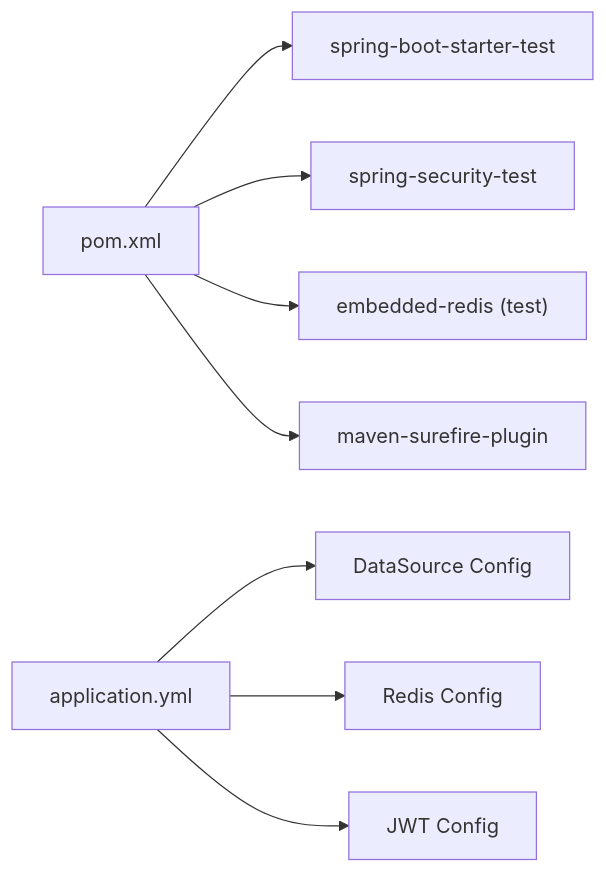
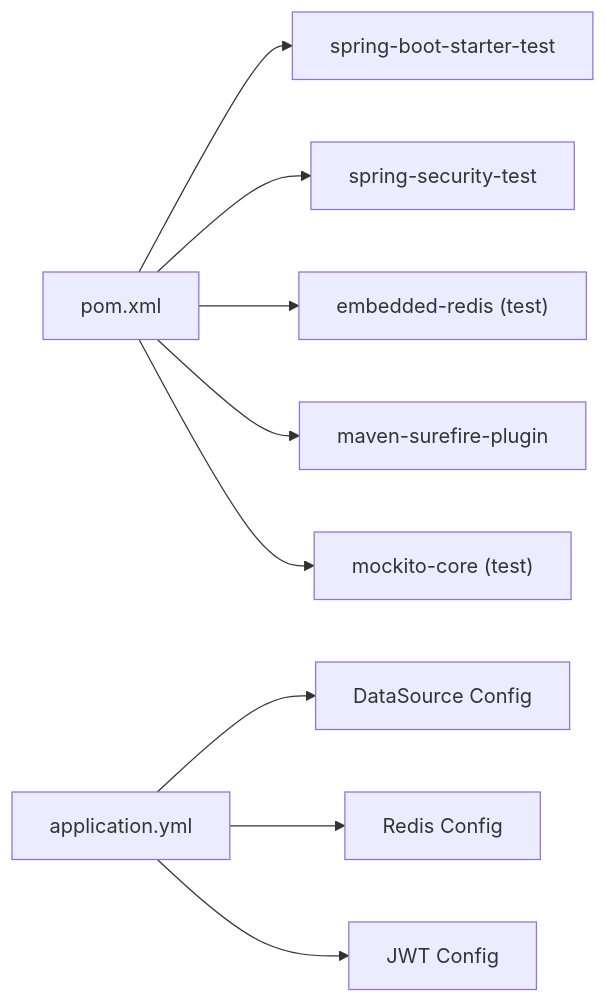
The ninth of 9 diagrams in .qoder/repowiki/en/content/Testing Strategy.md (bo961386926/Survey-App), drawn with Mermaid before and after one commit. The commit also changed other lines of this file and 18 other files, not shown here.

````diff
--- a/.qoder/repowiki/en/content/Testing Strategy.md
+++ b/.qoder/repowiki/en/content/Testing Strategy.md
@@ -329,10 +397,11 @@
 ```mermaid
 graph LR
 POM["pom.xml"] --> ST["spring-boot-starter-test"]
 POM --> SS["spring-security-test"]
 POM --> ER["embedded-redis (test)"]
 POM --> SF["maven-surefire-plugin"]
+POM --> MT["mockito-core (test)"]
 YML["application.yml"] --> DB["DataSource Config"]
 YML --> RD["Redis Config"]
 YML --> JWT["JWT Config"]
 ```
````
